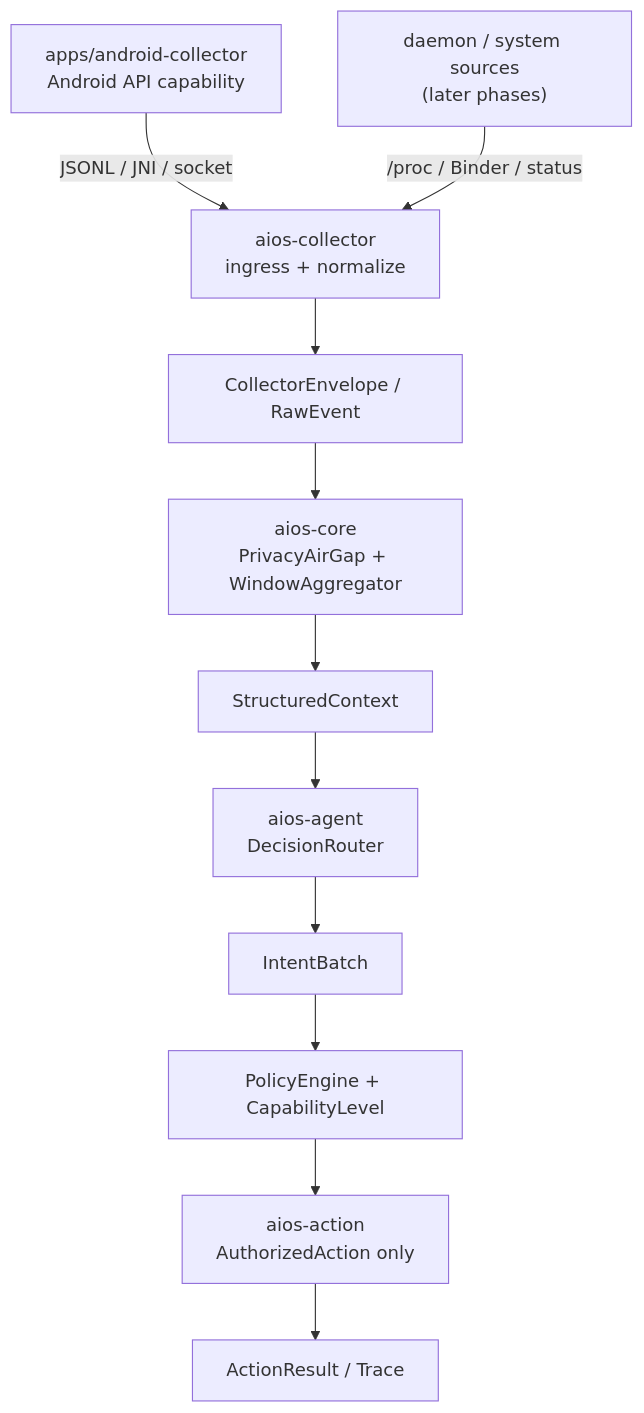
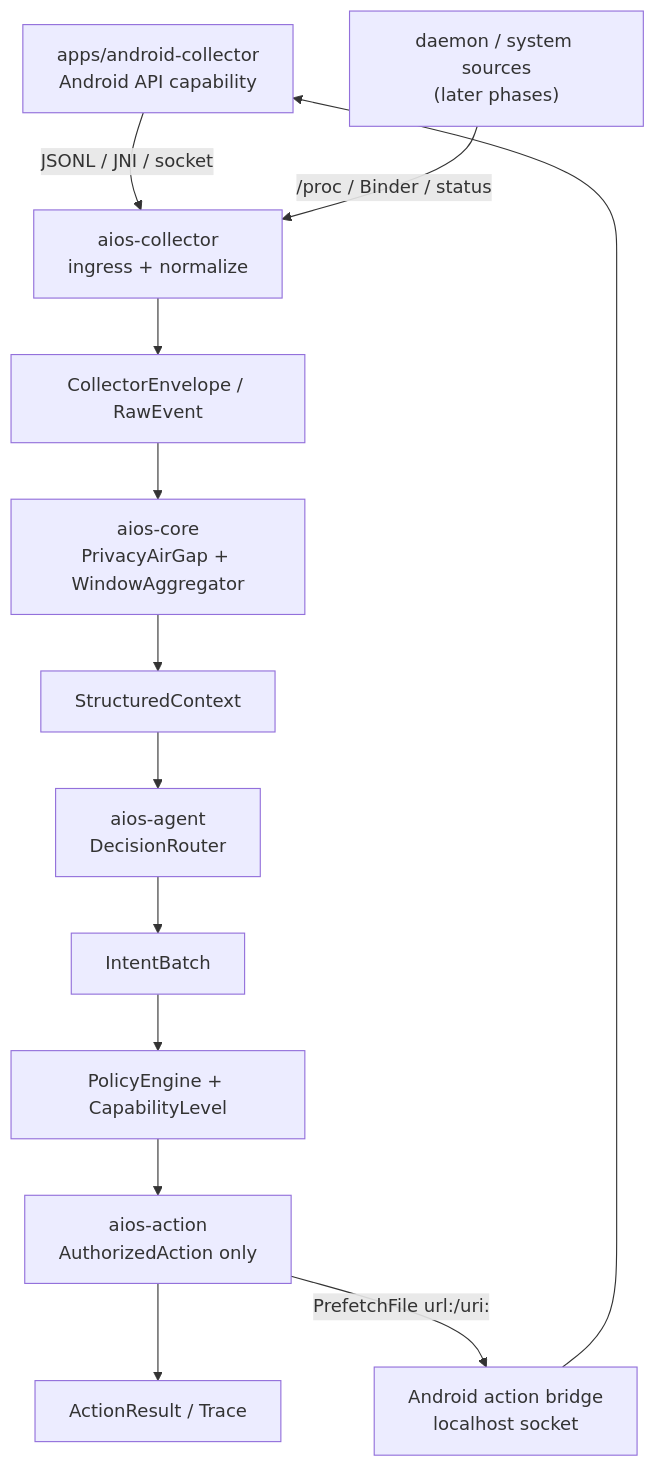
The diagram in README.md (114August514/DiPECS), drawn with Mermaid before and after one commit. The commit also changed other lines of this file and 10 other files, not shown here.

````diff
--- a/README.md
+++ b/README.md
@@ -31,19 +33,21 @@
 ```mermaid
 flowchart TD
     App["apps/android-collector<br/>Android API capability"]
     System["daemon / system sources<br/>(later phases)"]
     Collector["aios-collector<br/>ingress + normalize"]
     Raw["CollectorEnvelope / RawEvent"]
     Core["aios-core<br/>PrivacyAirGap + WindowAggregator"]
     Context["StructuredContext"]
     Agent["aios-agent<br/>DecisionRouter"]
     Intent["IntentBatch"]
     Policy["PolicyEngine + CapabilityLevel"]
     Action["aios-action<br/>AuthorizedAction only"]
+    AndroidBridge["Android action bridge<br/>localhost socket"]
     Trace["ActionResult / Trace"]
 
     App -- "JSONL / JNI / socket" --> Collector
     System -- "/proc / Binder / status" --> Collector
     Collector --> Raw --> Core --> Context --> Agent --> Intent
     Intent --> Policy --> Action --> Trace
+    Action -- "PrefetchFile url:/uri:" --> AndroidBridge --> App
 ```
````
